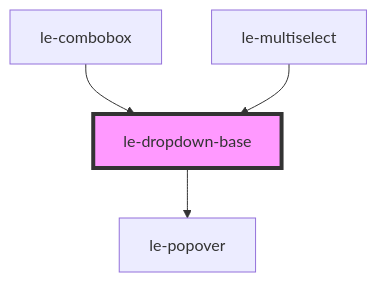
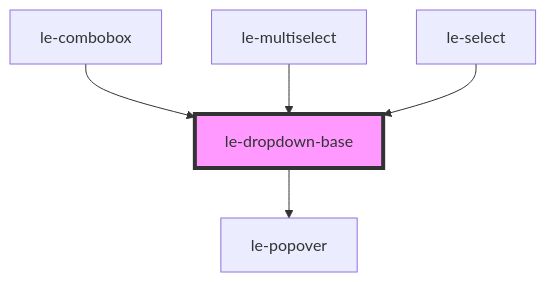
The diagram in packages/core/src/components/le-dropdown-base/readme.md (leechy/le-kit), drawn with Mermaid before and after one commit. The commit also changed other lines of this file and 32 other files, not shown here.

````diff
--- a/packages/core/src/components/le-dropdown-base/readme.md
+++ b/packages/core/src/components/le-dropdown-base/readme.md
@@ -99,7 +100,8 @@
 ```mermaid
 graph TD;
   le-dropdown-base --> le-popover
   le-combobox --> le-dropdown-base
   le-multiselect --> le-dropdown-base
+  le-select --> le-dropdown-base
   style le-dropdown-base fill:#f9f,stroke:#333,stroke-width:4px
 ```
````
